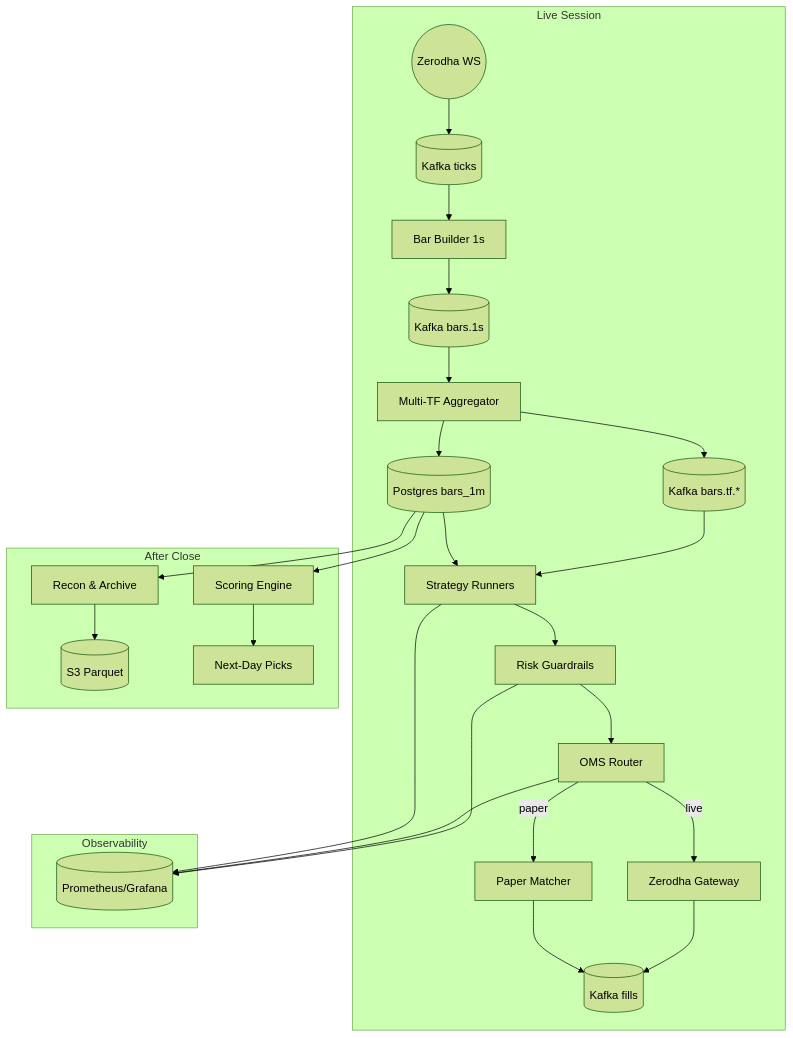
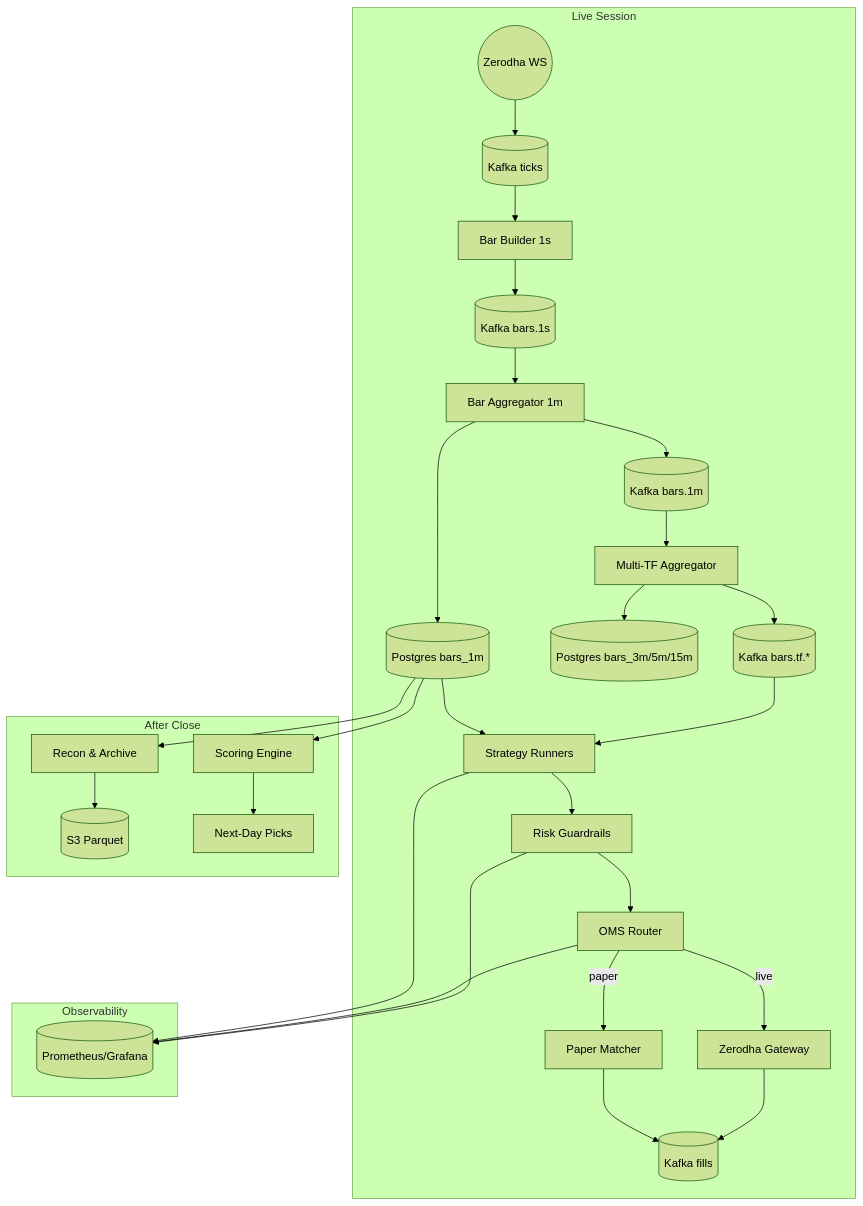
The first of 4 diagrams in README.md (SreemukhMantripragada/trading-platform), drawn with Mermaid (forest theme) before and after one commit. The commit also changed other lines of this file and 5 other files, not shown here.

Commit message:
Added architecture notes

````diff
--- a/README.md
+++ b/README.md
@@ -13,32 +13,35 @@
 ```mermaid
 flowchart TD
   subgraph Live_Session["Live Session"]
     ZW((Zerodha WS)) --> T[(Kafka ticks)]
     T --> B1S[Bar Builder 1s]
-    B1S --> BTF[(Kafka bars.1s)]
-    BTF --> AGG[Multi-TF Aggregator]
-    AGG --> PG[(Postgres bars_1m)]
+    B1S --> K1S[(Kafka bars.1s)]
+    K1S --> A1M[Bar Aggregator 1m]
+    A1M --> PG1[(Postgres bars_1m)]
+    A1M --> K1M[(Kafka bars.1m)]
+    K1M --> AGG[Multi-TF Aggregator]
+    AGG --> PGTF[(Postgres bars_3m/5m/15m)]
     AGG --> KTF[(Kafka bars.tf.*)]
-    PG --> STR[Strategy Runners]
+    PG1 --> STR[Strategy Runners]
     KTF --> STR
     STR --> RSK[Risk Guardrails]
     RSK --> OMS[OMS Router]
     OMS -->|paper| PM[Paper Matcher]
     OMS -->|live| ZG[Zerodha Gateway]
     PM --> FILLS[(Kafka fills)]
     ZG --> FILLS
   end
 
   subgraph After_Close["After Close"]
-    PG --> RECON[Recon & Archive]
+    PG1 --> RECON[Recon & Archive]
     RECON --> ARCH[(S3 Parquet)]
-    PG --> SCORE[Scoring Engine]
+    PG1 --> SCORE[Scoring Engine]
     SCORE --> WATCH[Next-Day Picks]
   end
 
   subgraph Observability
     STR --> MET[(Prometheus/Grafana)]
     OMS --> MET
     RSK --> MET
   end
 ```
````
